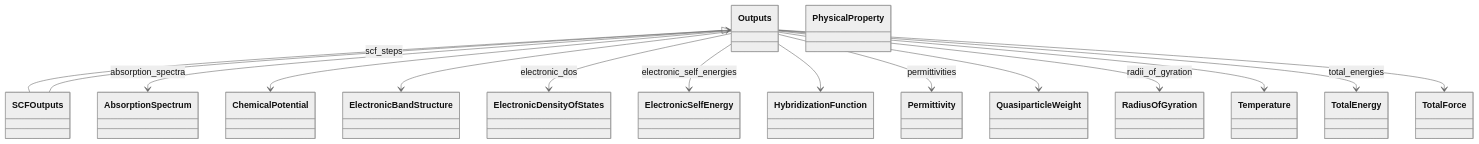
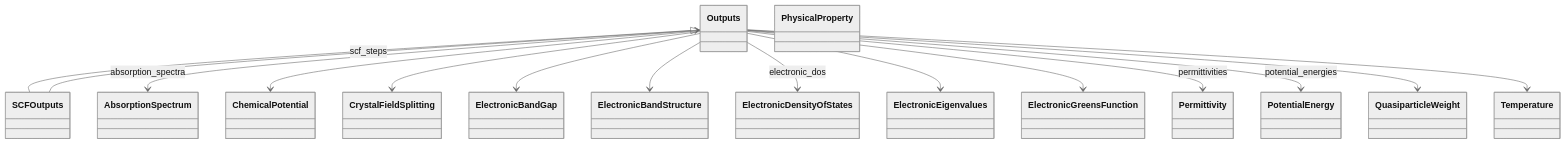
One commit to FAIRmat-NFDI/nomad-simulations changed the first of 2 diagrams in docs/schema/outputs.diagram.md. Above: the diagram before and after it, drawn with Mermaid (neutral theme). The commit also changed 2 other files, not shown here.

Commit message:
add important QC methods to diagram

````diff
--- a/docs/schema/outputs.diagram.md
+++ b/docs/schema/outputs.diagram.md
@@ -15,47 +15,47 @@
 ```mermaid
 classDiagram
     class AbsorptionSpectrum {
     }
     class ChemicalPotential {
     }
+    class CrystalFieldSplitting {
+    }
+    class ElectronicBandGap {
+    }
     class ElectronicBandStructure {
     }
     class ElectronicDensityOfStates {
     }
-    class ElectronicSelfEnergy {
+    class ElectronicEigenvalues {
     }
-    class HybridizationFunction {
+    class ElectronicGreensFunction {
     }
     class Outputs {
     }
     class Permittivity {
     }
     class PhysicalProperty {
     }
+    class PotentialEnergy {
+    }
     class QuasiparticleWeight {
-    }
-    class RadiusOfGyration {
     }
     class SCFOutputs {
     }
     class Temperature {
     }
-    class TotalEnergy {
-    }
-    class TotalForce {
-    }
     Outputs <|-- SCFOutputs
     Outputs --> AbsorptionSpectrum : absorption_spectra
     Outputs --> ChemicalPotential
+    Outputs --> CrystalFieldSplitting
+    Outputs --> ElectronicBandGap
     Outputs --> ElectronicBandStructure
     Outputs --> ElectronicDensityOfStates : electronic_dos
-    Outputs --> ElectronicSelfEnergy : electronic_self_energies
-    Outputs --> HybridizationFunction
+    Outputs --> ElectronicEigenvalues
+    Outputs --> ElectronicGreensFunction
     Outputs --> Permittivity : permittivities
+    Outputs --> PotentialEnergy : potential_energies
     Outputs --> QuasiparticleWeight
-    Outputs --> RadiusOfGyration : radii_of_gyration
     Outputs --> Temperature
-    Outputs --> TotalEnergy : total_energies
-    Outputs --> TotalForce
     SCFOutputs --> Outputs : scf_steps
 ```
````
